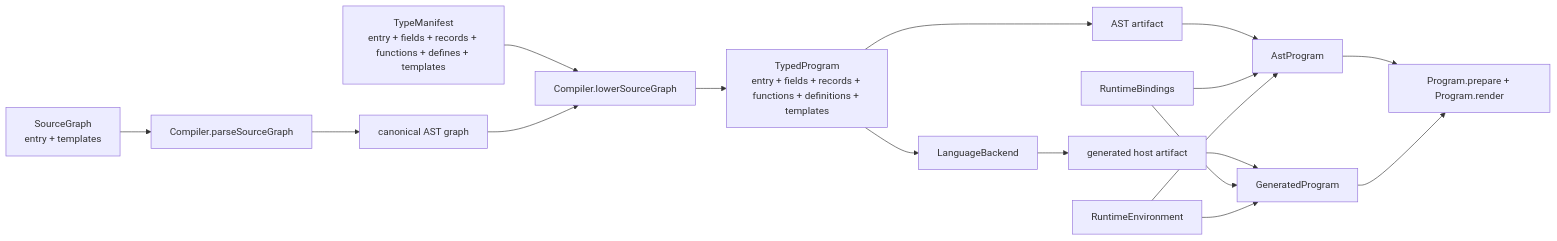
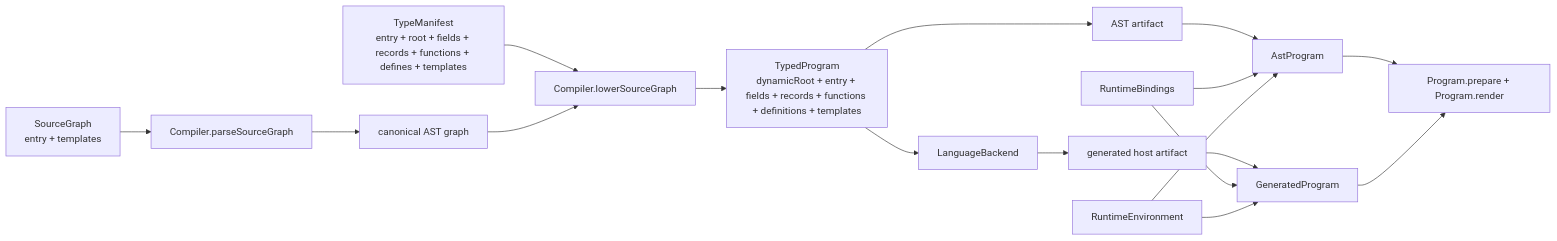
One commit to polyspec/template changed the diagram in tools/compiler/generated/compiler-architecture.mmd. Above: the diagram before and after it, drawn with Mermaid. The commit also changed 15 other files, not shown here.

```diff
--- a/tools/compiler/generated/compiler-architecture.mmd
+++ b/tools/compiler/generated/compiler-architecture.mmd
@@ -1,17 +1,17 @@
 flowchart LR
   Source["SourceGraph<br/>entry + templates"] --> Parse["Compiler.parseSourceGraph"]
   Parse --> AST["canonical AST graph"]
-  Types["TypeManifest<br/>entry + fields + records + functions + defines + templates"] --> Lower["Compiler.lowerSourceGraph"]
+  Types["TypeManifest<br/>entry + root + fields + records + functions + defines + templates"] --> Lower["Compiler.lowerSourceGraph"]
   AST --> Lower
-  Lower --> Typed["TypedProgram<br/>entry + fields + records + functions + definitions + templates"]
+  Lower --> Typed["TypedProgram<br/>dynamicRoot + entry + fields + records + functions + definitions + templates"]
   Typed --> AstArtifact["AST artifact"]
   Typed --> Backend["LanguageBackend"]
   Backend --> GeneratedArtifact["generated host artifact"]
   AstArtifact --> AstProgram["AstProgram"]
   GeneratedArtifact --> GeneratedProgram["GeneratedProgram"]
   AstProgram --> Program["Program.prepare + Program.render"]
   GeneratedProgram --> Program
   RuntimeBindings["RuntimeBindings"] --> AstProgram
   RuntimeBindings --> GeneratedProgram
   RuntimeEnvironment["RuntimeEnvironment"] --> AstProgram
   RuntimeEnvironment --> GeneratedProgram
```
